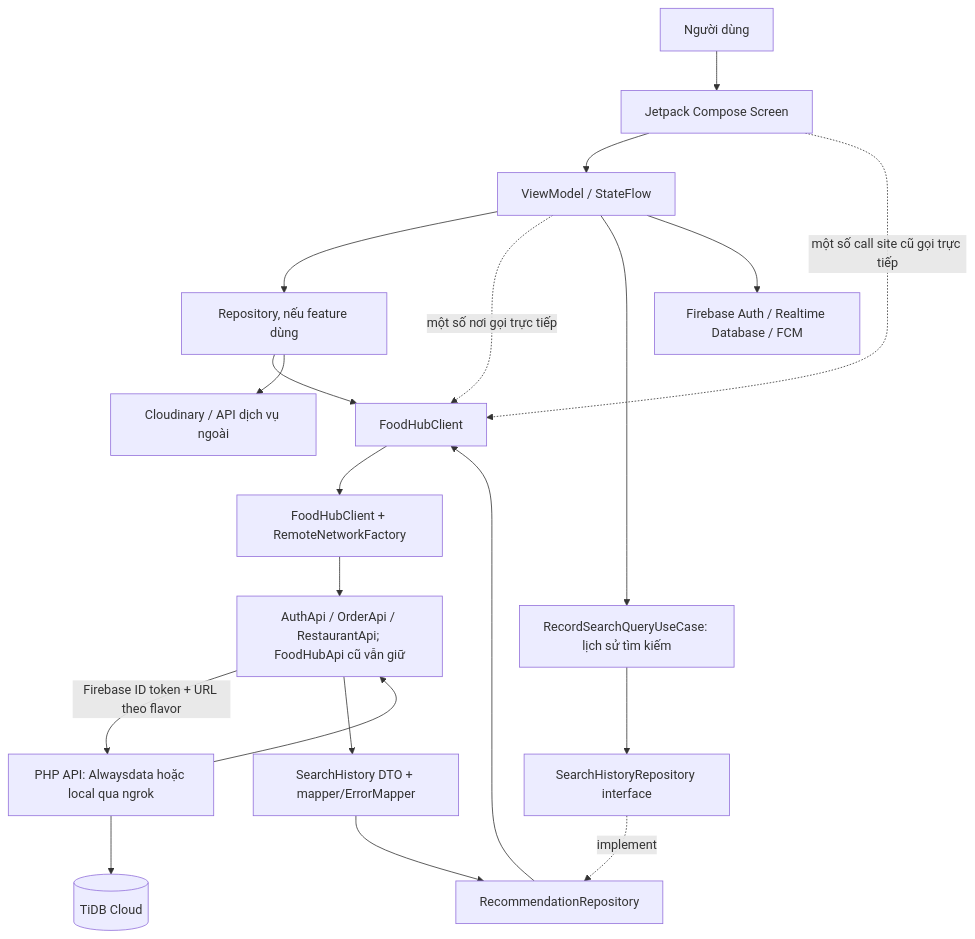
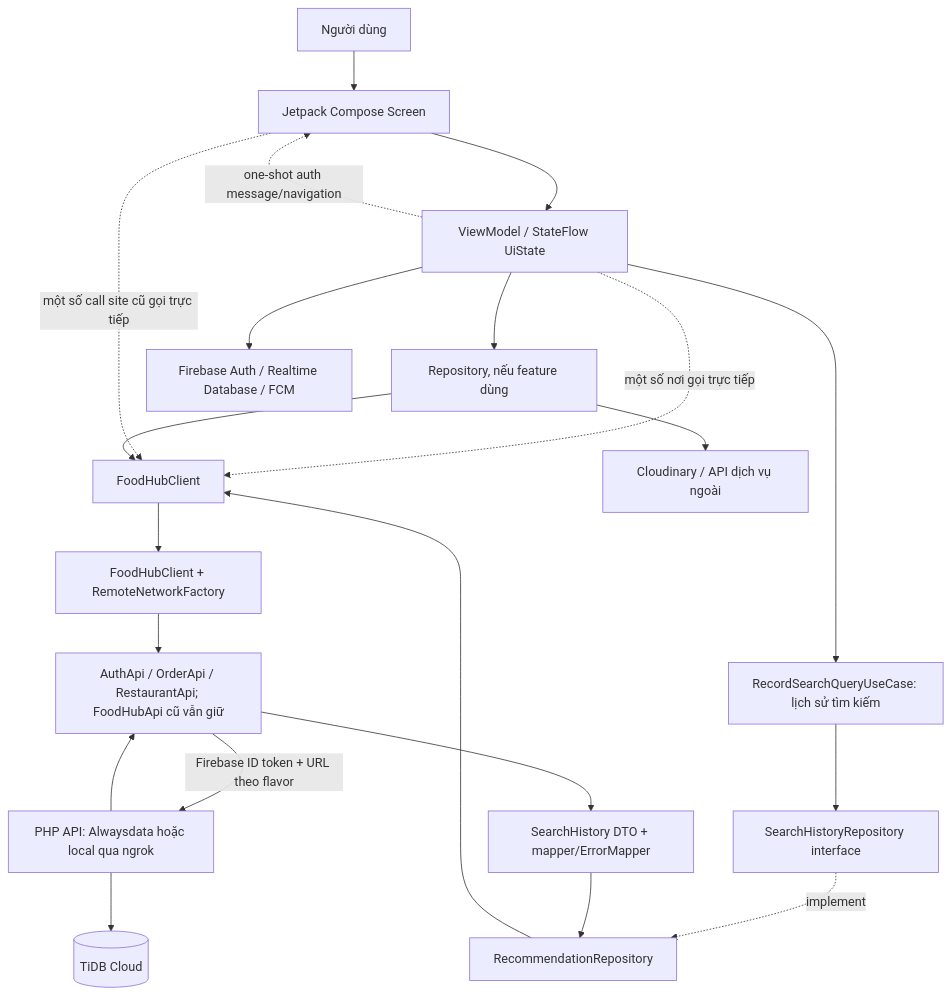
Before and after one commit to NgocAnh3042/DACS_3_Composer: the first of 2 diagrams in docs/ANDROID_ARCHITECTURE.md, drawn with Mermaid. The commit also changed other lines of this file and 7 other files, not shown here.

````diff
--- a/docs/ANDROID_ARCHITECTURE.md
+++ b/docs/ANDROID_ARCHITECTURE.md
@@ -7,22 +7,23 @@
 ```mermaid
 flowchart TD
     User[Người dùng] --> Screen[Jetpack Compose Screen]
-    Screen --> VM[ViewModel / StateFlow]
+    Screen --> VM[ViewModel / StateFlow UiState]
+    VM -. one-shot auth message/navigation .-> Screen
     VM --> Repo[Repository, nếu feature dùng]
     VM -. một số nơi gọi trực tiếp .-> Client[FoodHubClient]
     Screen -. một số call site cũ gọi trực tiếp .-> Client
     Repo --> Client
     VM --> UC[RecordSearchQueryUseCase: lịch sử tìm kiếm]
     UC --> Contract[SearchHistoryRepository interface]
     Contract -. implement .-> Impl[RecommendationRepository]
     Impl --> Client
     Client --> Network[FoodHubClient + RemoteNetworkFactory]
     Network --> Groups[AuthApi / OrderApi / RestaurantApi; FoodHubApi cũ vẫn giữ]
     Groups -->|Firebase ID token + URL theo flavor| PHP[PHP API: Alwaysdata hoặc local qua ngrok]
     PHP --> Groups
     Groups --> Mapping[SearchHistory DTO + mapper/ErrorMapper]
     Mapping --> Impl
     PHP --> DB[(TiDB Cloud)]
     VM --> Firebase[Firebase Auth / Realtime Database / FCM]
     Repo --> External[Cloudinary / API dịch vụ ngoài]
 ```
````
